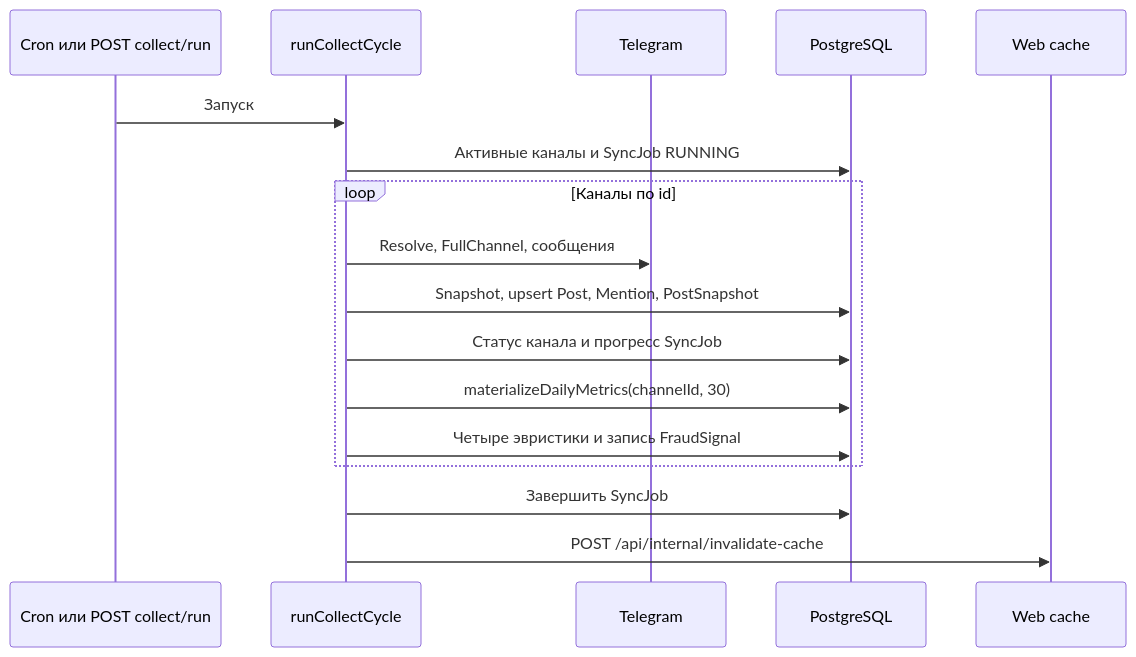
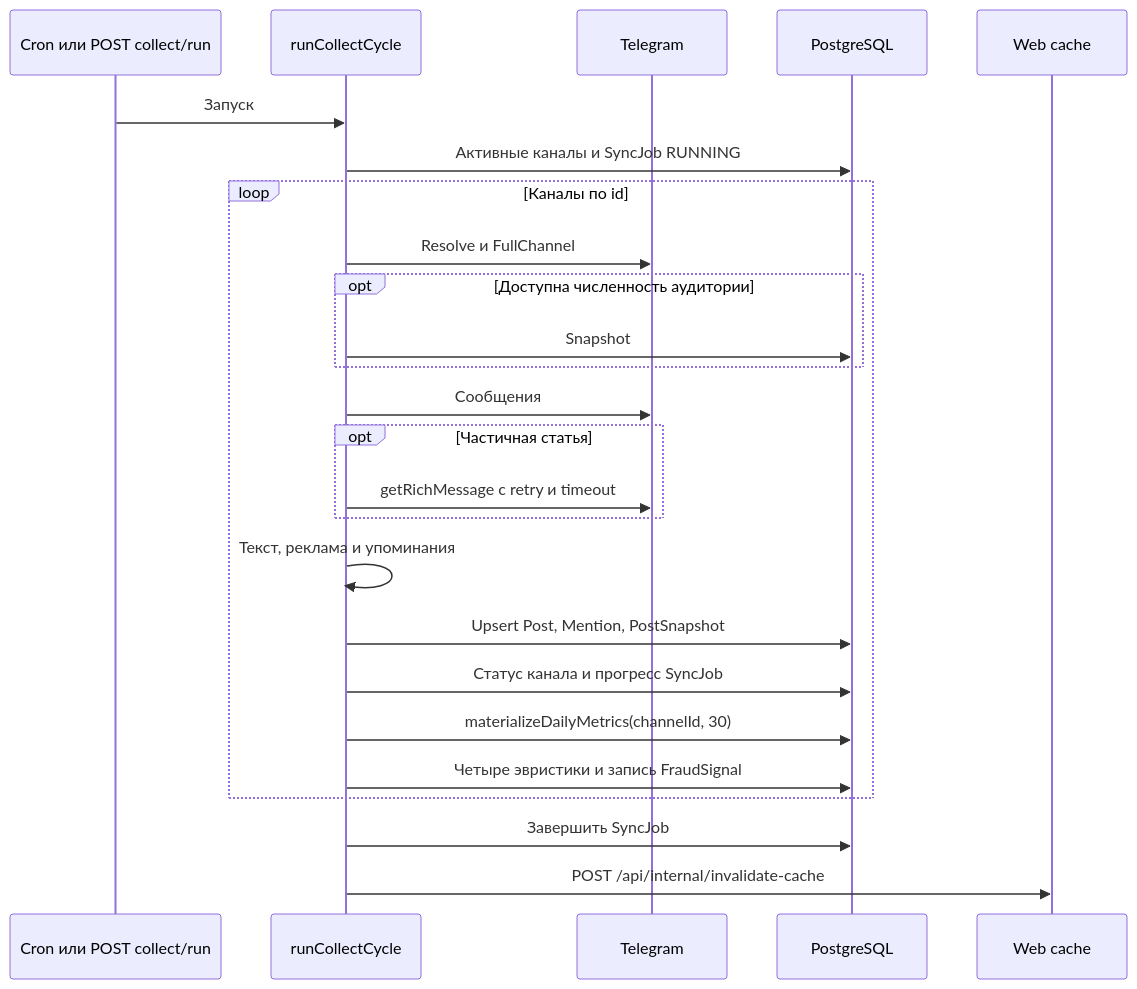
Before and after one commit to liquidsyntes/tg_mons: the second of 2 diagrams in docs/architecture.md, drawn with Mermaid. The commit also changed other lines of this file and 22 other files, not shown here.

````diff
--- a/docs/architecture.md
+++ b/docs/architecture.md
@@ -60,19 +60,27 @@
 ```mermaid
 sequenceDiagram
     participant S as Cron или POST collect/run
     participant C as runCollectCycle
     participant T as Telegram
     participant D as PostgreSQL
     participant W as Web cache
     S->>C: Запуск
     C->>D: Активные каналы и SyncJob RUNNING
     loop Каналы по id
-        C->>T: Resolve, FullChannel, сообщения
-        C->>D: Snapshot, upsert Post, Mention, PostSnapshot
+        C->>T: Resolve и FullChannel
+        opt Доступна численность аудитории
+            C->>D: Snapshot
+        end
+        C->>T: Сообщения
+        opt Частичная статья
+            C->>T: getRichMessage с retry и timeout
+        end
+        C->>C: Текст, реклама и упоминания
+        C->>D: Upsert Post, Mention, PostSnapshot
         C->>D: Статус канала и прогресс SyncJob
         C->>D: materializeDailyMetrics(channelId, 30)
         C->>D: Четыре эвристики и запись FraudSignal
     end
     C->>D: Завершить SyncJob
     C->>W: POST /api/internal/invalidate-cache
 ```
````
